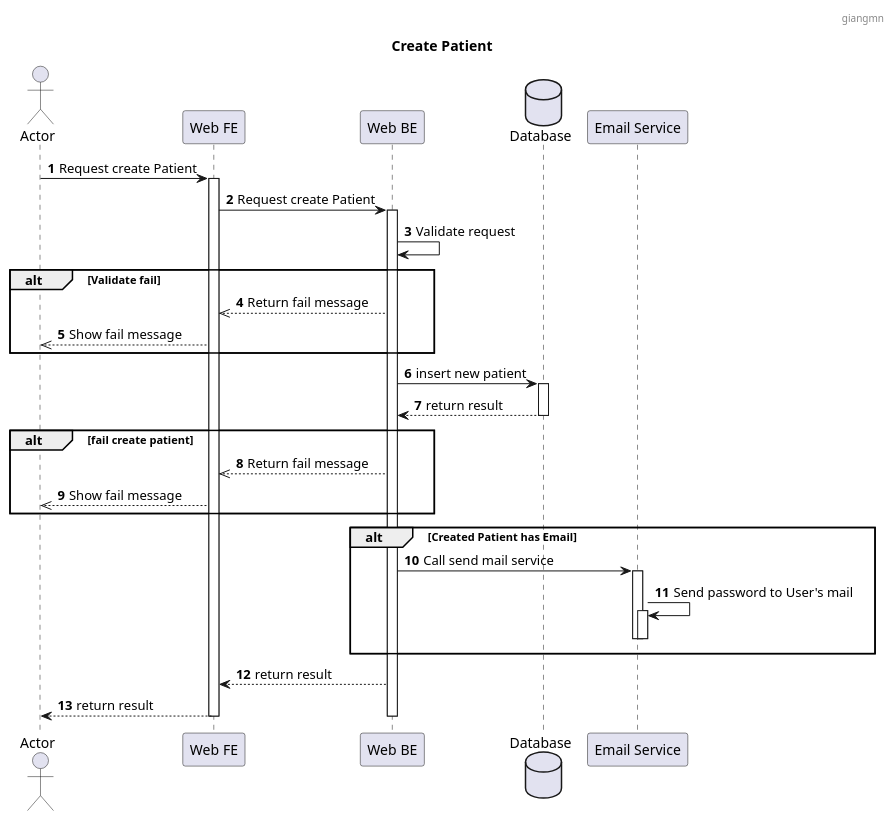
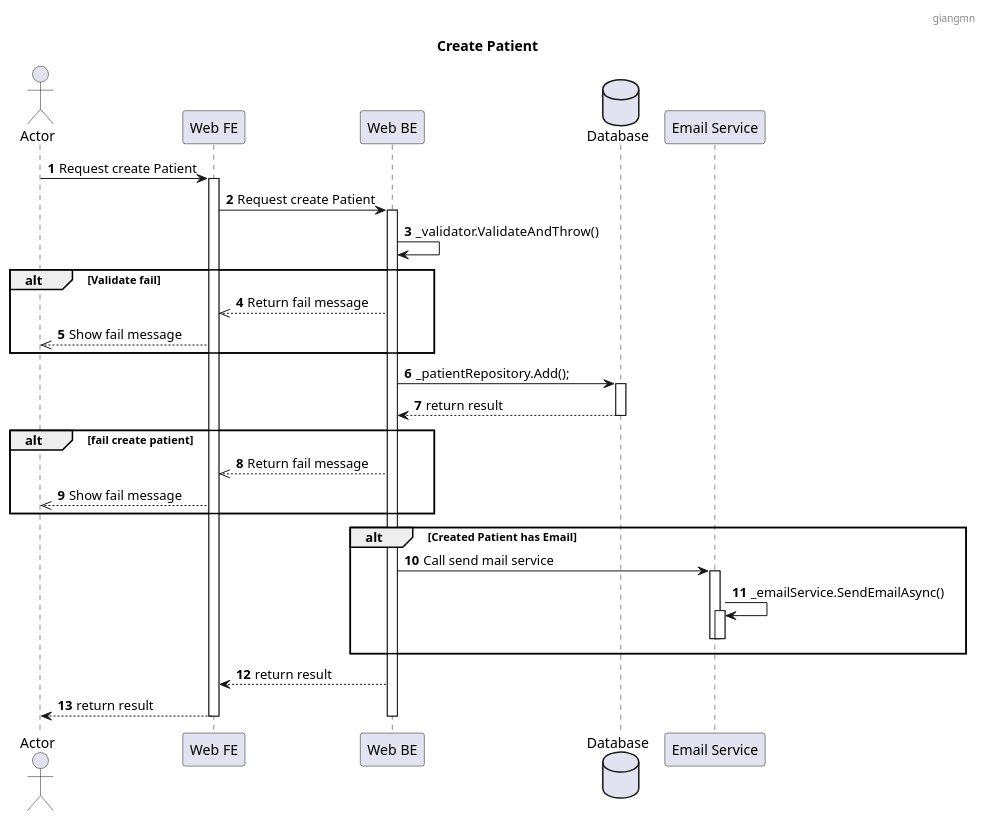
One commit to jang1902/SEP490_Sequence changed the diagram in Sequence/Patient/Create Patient.puml. Above: the diagram before and after it, drawn with PlantUML. The commit also changed 10 other files, not shown here.

```diff
--- a/Sequence/Patient/Create Patient.puml
+++ b/Sequence/Patient/Create Patient.puml
@@ -1,44 +1,44 @@
 @startuml
 header : giangmn
 title: Create Patient
 autonumber
 
 actor "Actor" as a
 participant "Web FE" as fe
 participant "Web BE" as be
 database "Database" as db
 participant "Email Service" as es
 
 a->fe : Request create Patient
 fe++
 fe -> be: Request create Patient
 be++
-be -> be: Validate request
+be -> be: _validator.ValidateAndThrow()
 alt Validate fail
 be -->> fe: Return fail message
 fe-->> a: Show fail message
 end
 
-be -> db: insert new patient
+be -> db: _patientRepository.Add();
 db++
 db --> be: return result
 db--
 alt fail create patient
 be -->> fe: Return fail message
 fe-->> a: Show fail message
 
 end
 alt Created Patient has Email
 be -> es: Call send mail service
 es++
-es->es :Send password to User's mail
+es->es : _emailService.SendEmailAsync()
 es++
 es--
 es--
 end
 be --> fe: return result
 fe--> a: return result
 fe--
 be--
 
 @enduml
```
